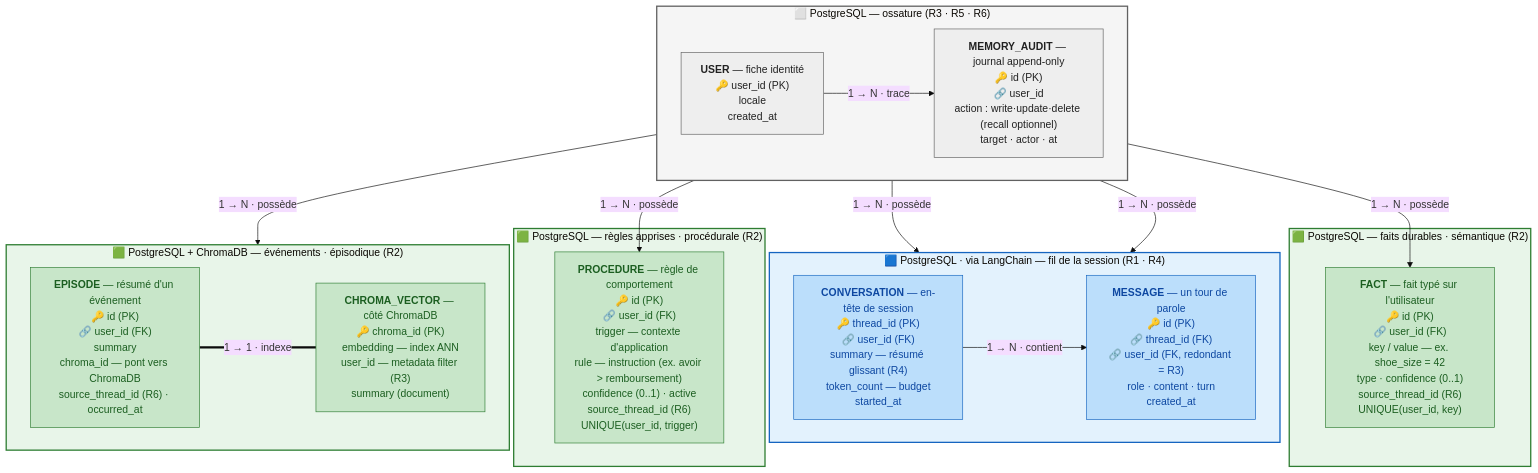
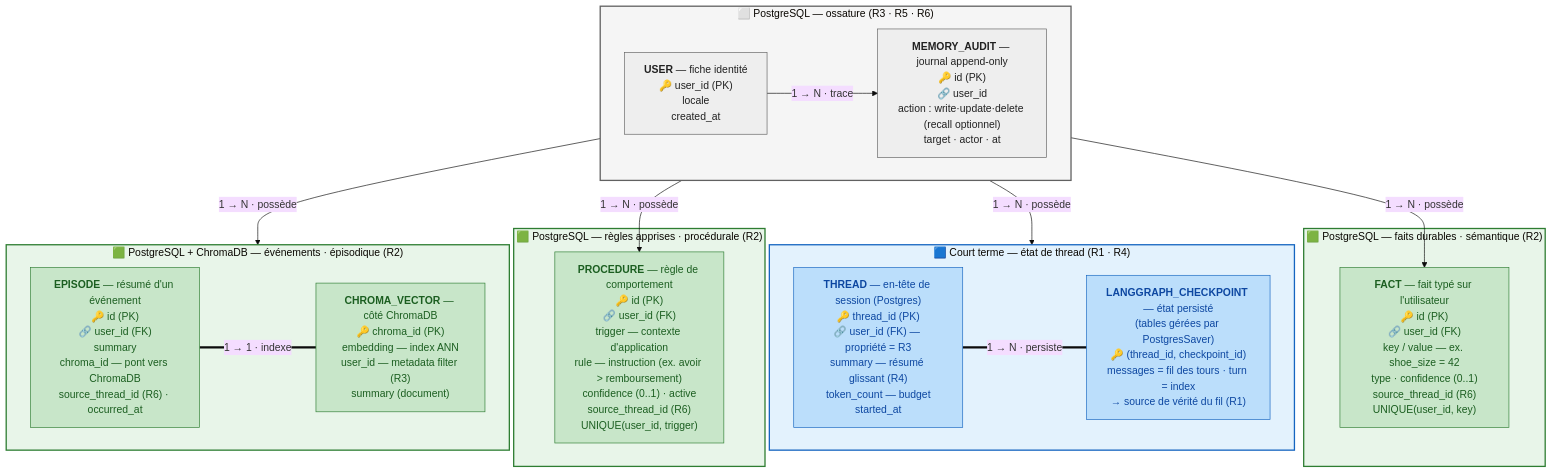
Before and after one commit to sofiane-git/velmo-v2: the first of 2 diagrams in docs/job/conceptions/conception_chantier1_memoire.md, drawn with Mermaid (base theme). The commit also changed other lines of this file and 1 other file, not shown here.

First line of the commit message:
docs(conception): realign chantier1 memoire on LangGraph, not LangChain *Memory

````diff
--- a/docs/job/conceptions/conception_chantier1_memoire.md
+++ b/docs/job/conceptions/conception_chantier1_memoire.md
@@ -57,50 +68,49 @@
 ```mermaid
 flowchart TB
     subgraph TR["⬜ PostgreSQL — ossature (R3 · R5 · R6)"]
         direction LR
         USER["<b>USER</b> — fiche identité<br/>🔑 user_id (PK)<br/>locale<br/>created_at"]
         AUDIT["<b>MEMORY_AUDIT</b> — journal append-only<br/>🔑 id (PK)<br/>🔗 user_id<br/>action : write·update·delete (recall optionnel)<br/>target · actor · at"]
     end
 
-    subgraph CT["🟦 PostgreSQL · via LangChain — fil de la session (R1 · R4)"]
+    subgraph CT["🟦 Court terme — état de thread (R1 · R4)"]
         direction LR
-        CONV["<b>CONVERSATION</b> — en-tête de session<br/>🔑 thread_id (PK)<br/>🔗 user_id (FK)<br/>summary — résumé glissant (R4)<br/>token_count — budget<br/>started_at"]
-        MSG["<b>MESSAGE</b> — un tour de parole<br/>🔑 id (PK)<br/>🔗 thread_id (FK)<br/>🔗 user_id (FK, redondant = R3)<br/>role · content · turn<br/>created_at"]
+        THREAD["<b>THREAD</b> — en-tête de session (Postgres)<br/>🔑 thread_id (PK)<br/>🔗 user_id (FK) — propriété = R3<br/>summary — résumé glissant (R4)<br/>token_count — budget<br/>started_at"]
+        CKPT["<b>LANGGRAPH_CHECKPOINT</b> — état persisté<br/>(tables gérées par PostgresSaver)<br/>🔑 (thread_id, checkpoint_id)<br/>messages = fil des tours · turn = index<br/>→ source de vérité du fil (R1)"]
     end
 
     subgraph LTS["🟩 PostgreSQL — faits durables · sémantique (R2)"]
         FACT["<b>FACT</b> — fait typé sur l'utilisateur<br/>🔑 id (PK)<br/>🔗 user_id (FK)<br/>key / value — ex. shoe_size = 42<br/>type · confidence (0..1)<br/>source_thread_id (R6)<br/>UNIQUE(user_id, key)"]
     end
 
     subgraph LTP["🟩 PostgreSQL — règles apprises · procédurale (R2)"]
         PROC["<b>PROCEDURE</b> — règle de comportement<br/>🔑 id (PK)<br/>🔗 user_id (FK)<br/>trigger — contexte d'application<br/>rule — instruction (ex. avoir > remboursement)<br/>confidence (0..1) · active<br/>source_thread_id (R6)<br/>UNIQUE(user_id, trigger)"]
     end
 
     subgraph LTE["🟩 PostgreSQL + ChromaDB — événements · épisodique (R2)"]
         direction LR
         EPI["<b>EPISODE</b> — résumé d'un événement<br/>🔑 id (PK)<br/>🔗 user_id (FK)<br/>summary<br/>chroma_id — pont vers ChromaDB<br/>source_thread_id (R6) · occurred_at"]
         VEC["<b>CHROMA_VECTOR</b> — côté ChromaDB<br/>🔑 chroma_id (PK)<br/>embedding — index ANN<br/>user_id — metadata filter (R3)<br/>summary (document)"]
     end
 
-    USER -->|"1 → N · possède"| CONV
-    USER -->|"1 → N · possède"| MSG
+    USER -->|"1 → N · possède"| THREAD
     USER -->|"1 → N · possède"| FACT
     USER -->|"1 → N · possède"| PROC
     USER -->|"1 → N · possède"| EPI
     USER -->|"1 → N · trace"| AUDIT
-    CONV -->|"1 → N · contient"| MSG
+    THREAD ===|"1 → N · persiste"| CKPT
     EPI  ===|"1 → 1 · indexe"| VEC
 
     classDef ctNode fill:#bbdefb,stroke:#1565c0,color:#0d47a1;
     classDef ltNode fill:#c8e6c9,stroke:#2e7d32,color:#1b5e20;
     classDef trNode fill:#eeeeee,stroke:#616161,color:#212121;
-    class CONV,MSG ctNode;
+    class THREAD,CKPT ctNode;
     class FACT,PROC,EPI,VEC ltNode;
     class USER,AUDIT trNode;
 
     style CT  fill:#e3f2fd,stroke:#1565c0,stroke-width:2px;
     style LTS fill:#e8f5e9,stroke:#2e7d32,stroke-width:2px;
     style LTP fill:#e8f5e9,stroke:#2e7d32,stroke-width:2px;
     style LTE fill:#e8f5e9,stroke:#2e7d32,stroke-width:2px;
     style TR  fill:#f5f5f5,stroke:#616161,stroke-width:2px;
 ```
````
